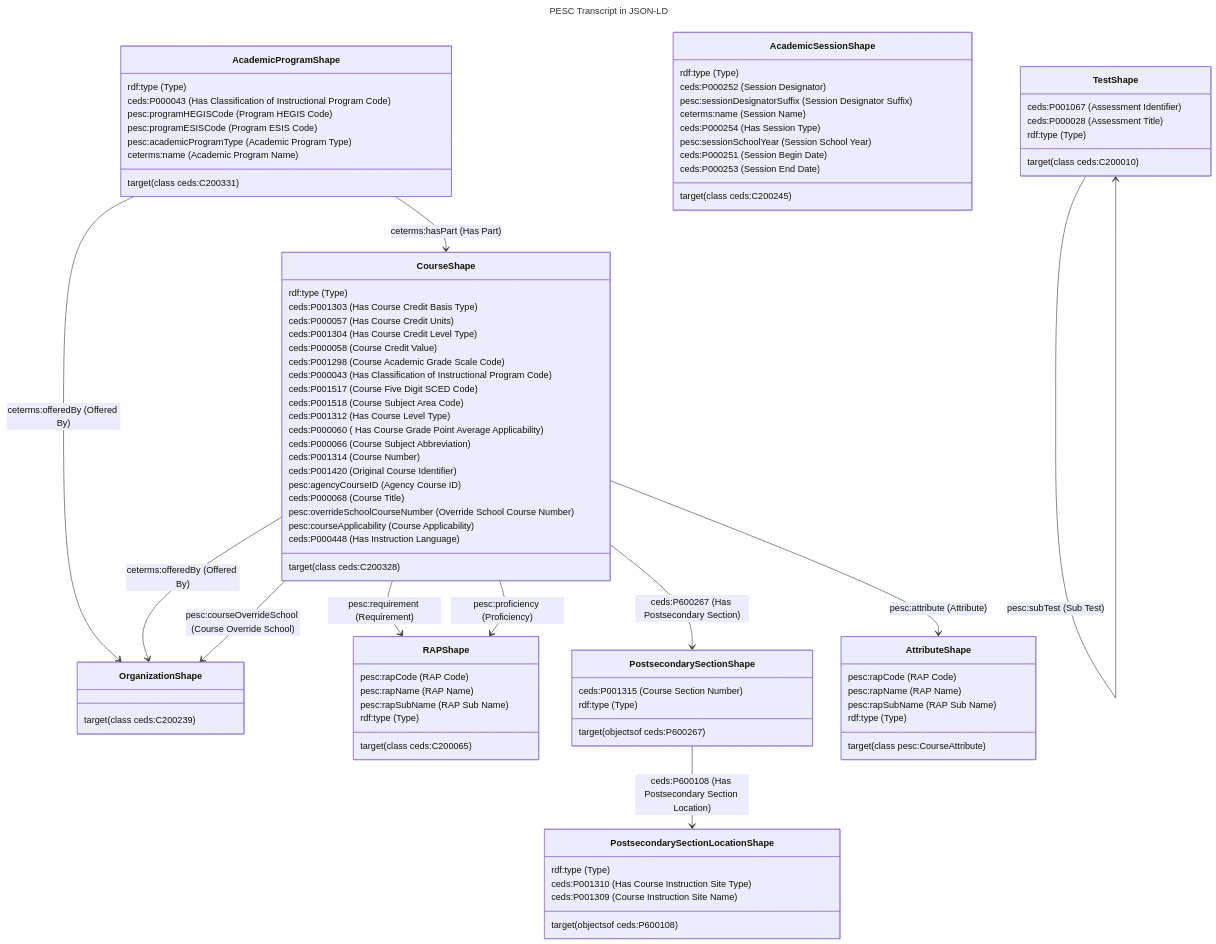
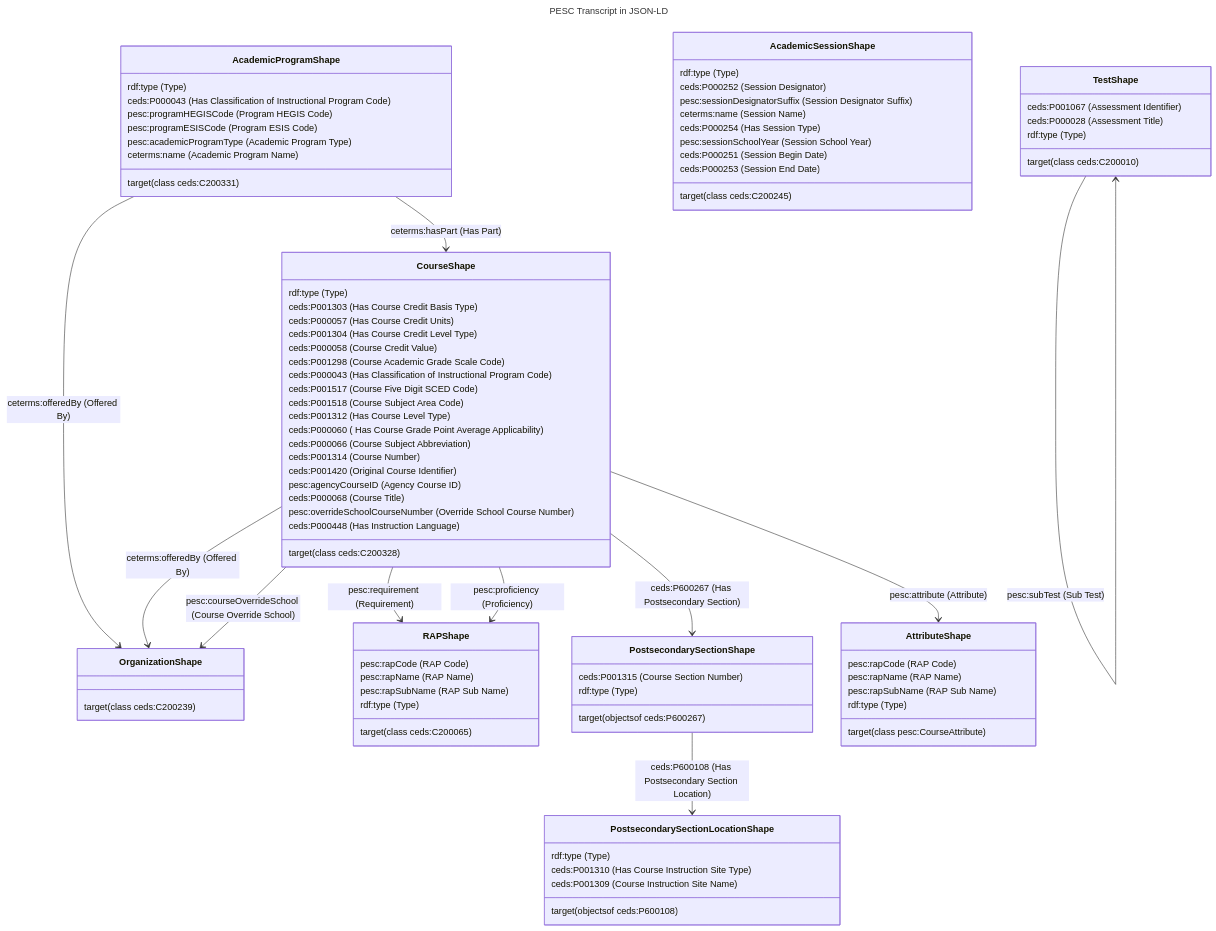
Before and after one commit to pesc-org/json-ld-transcript: the diagram in TAP+SHACL/course-related.md, drawn with Mermaid. The commit also changed 14 other files, not shown here.

Commit message:
rmv CourseApplicability

```diff
--- a/TAP+SHACL/course-related.md
+++ b/TAP+SHACL/course-related.md
@@ -63,7 +63,6 @@
 	CourseShape : ceds#58;P000068 #40;Course Title#41;
 	CourseShape --> OrganizationShape : pesc#58;courseOverrideSchool #40;Course Override School#41;
 	CourseShape : pesc#58;overrideSchoolCourseNumber #40;Override School Course Number#41;
-	CourseShape : pesc#58;courseApplicability #40;Course Applicability#41;
 	CourseShape --> RAPShape : pesc#58;requirement #40;Requirement#41;
 	CourseShape --> AttributeShape : pesc#58;attribute #40;Attribute#41;
 	CourseShape --> RAPShape : pesc#58;proficiency #40;Proficiency#41;
```
